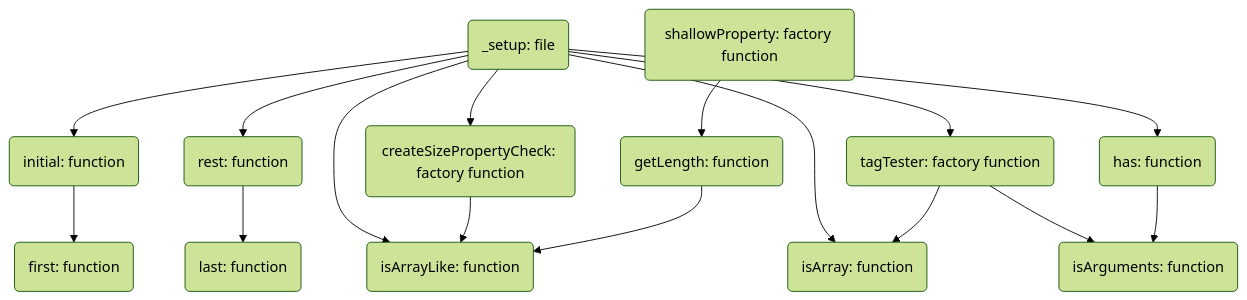
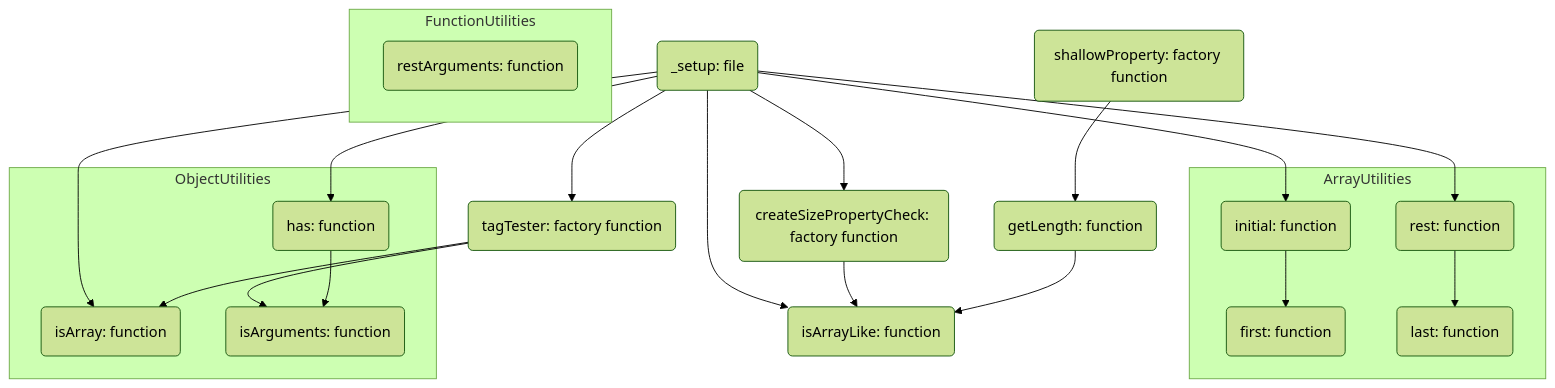
The diagram in doc/dependencies.mmd (AshGreyG/To-Realize-Underscore), drawn with Mermaid (forest theme) before and after one commit. The commit also changed 4 other files, not shown here.

Commit message:
:sparkles: add `restArguments` function, update related dependency mermaid and unit test

```diff
--- a/doc/dependencies.mmd
+++ b/doc/dependencies.mmd
@@ -1,66 +1,78 @@
 flowchart TD
   %% Define nodes and their names
 
   %%% `_xxx` files
   _setup(_setup: file)
   _shallowProperty(shallowProperty: factory function)
   _getLength(getLength: function)
   _createSizePropertyCheck(createSizePropertyCheck: factory function)
   _isArrayLike(isArrayLike: function)
   _tagTester(tagTester: factory function)
-  _has(has: function)
 
   %%% Array functions
 
-  initial(initial: function)
-  first(first: function)
-  rest(rest: function)
-  last(last: function)
+  subgraph ArrayUtilities
+    initial(initial: function)
+    first(first: function)
+    rest(rest: function)
+    last(last: function)
+  end
 
   %%% Object functions
 
-  isArray(isArray: function)
-  isArguments(isArguments: function)
+  subgraph ObjectUtilities
+    isArray(isArray: function)
+    isArguments(isArguments: function)
+    has(has: function)
+  end
+
+  subgraph FunctionUtilities
+    restArguments(restArguments: function)
+  end
 
   %% Hyperlink settings
 
   %%% `_xxx` files
 
   click _setup "https://github.com/AshGreyG/To-Realize-Underscore/blob/main/modules/_setup.js"
   click _shallowProperty "https://github.com/AshGreyG/To-Realize-Underscore/blob/main/modules/_shallowProperty.js"
   click _getLength "https://github.com/AshGreyG/To-Realize-Underscore/blob/main/modules/_getLength.js"
   click _createSizePropertyCheck "https://github.com/AshGreyG/To-Realize-Underscore/blob/main/modules/_createSizePropertyCheck .js"
   click _isArrayLike "https://github.com/AshGreyG/To-Realize-Underscore/blob/main/modules/_isArrayLike.js"
   click _tagTester "https://github.com/AshGreyG/To-Realize-Underscore/blob/main/modules/_tagTester.js"
-  click _has "https://github.com/AshGreyG/To-Realize-Underscore/blob/main/modules/_has.js"
 
   %%% Array functions
 
   click initial "https://github.com/AshGreyG/To-Realize-Underscore/blob/main/modules/initial.js"
   click first "https://github.com/AshGreyG/To-Realize-Underscore/blob/main/modules/first.js"
   click rest "https://github.com/AshGreyG/To-Realize-Underscore/blob/main/modules/rest.js"
   click last "https://github.com/AshGreyG/To-Realize-Underscore/blob/main/modules/last.js"
 
   %%% Object functions
 
   click isArray "https://github.com/AshGreyG/To-Realize-Underscore/blob/main/modules/isArray.js"
   click isArguments "https://github.com/AshGreyG/To-Realize-Underscore/blob/main/modules/isArguments.js"
+  click has "https://github.com/AshGreyG/To-Realize-Underscore/blob/main/modules/_has.js"
+
+  %%% Function functions 😄
+
+  click restArguments "https://github.com/AshGreyG/To-Realize-Underscore/blob/main/modules/restArguments.js"
 
   %% Edge settings
 
   _setup --> initial
   _setup --> rest
   _setup --> _isArrayLike
   _setup --> _tagTester
   _setup --> isArray
-  _setup --> _has
+  _setup --> has
   _setup --> _createSizePropertyCheck
 
   _tagTester --> isArray
   _tagTester --> isArguments
   _shallowProperty --> _getLength
-  _has --> isArguments
   _createSizePropertyCheck --> _isArrayLike
   _getLength --> _isArrayLike
   initial --> first
   rest --> last
+  has --> isArguments
```
